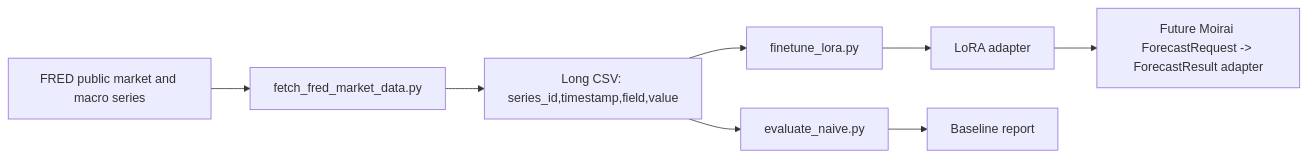
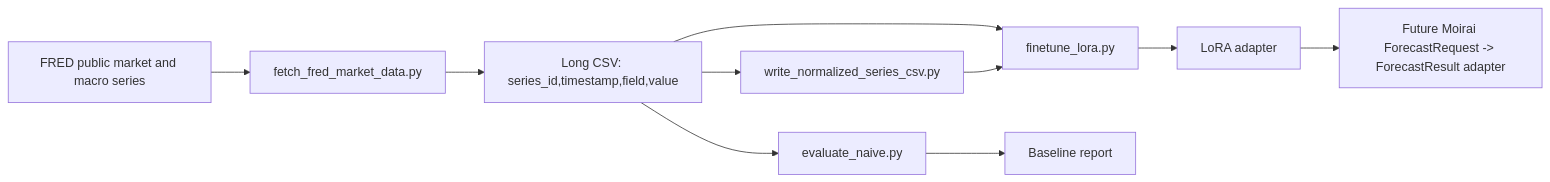
The diagram in experiments/timesfm-lora/README.md (Arch1eSUN/Time0), drawn with Mermaid before and after one commit. The commit also changed other lines of this file and 6 other files, not shown here.

````diff
--- a/experiments/timesfm-lora/README.md
+++ b/experiments/timesfm-lora/README.md
@@ -15,10 +15,12 @@
 ```mermaid
 flowchart LR
   A["FRED public market and macro series"] --> B["fetch_fred_market_data.py"]
   B --> C["Long CSV: series_id,timestamp,field,value"]
   C --> D["evaluate_naive.py"]
-  C --> E["finetune_lora.py"]
-  E --> F["LoRA adapter"]
-  D --> G["Baseline report"]
-  F --> H["Future Moirai ForecastRequest -> ForecastResult adapter"]
+  C --> E["write_normalized_series_csv.py"]
+  C --> F["finetune_lora.py"]
+  E --> F
+  F --> G["LoRA adapter"]
+  D --> H["Baseline report"]
+  G --> I["Future Moirai ForecastRequest -> ForecastResult adapter"]
 ```
````
